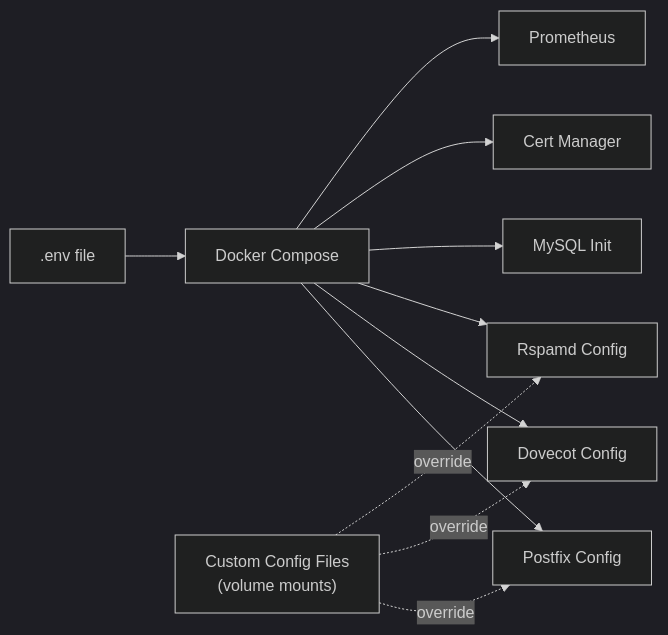
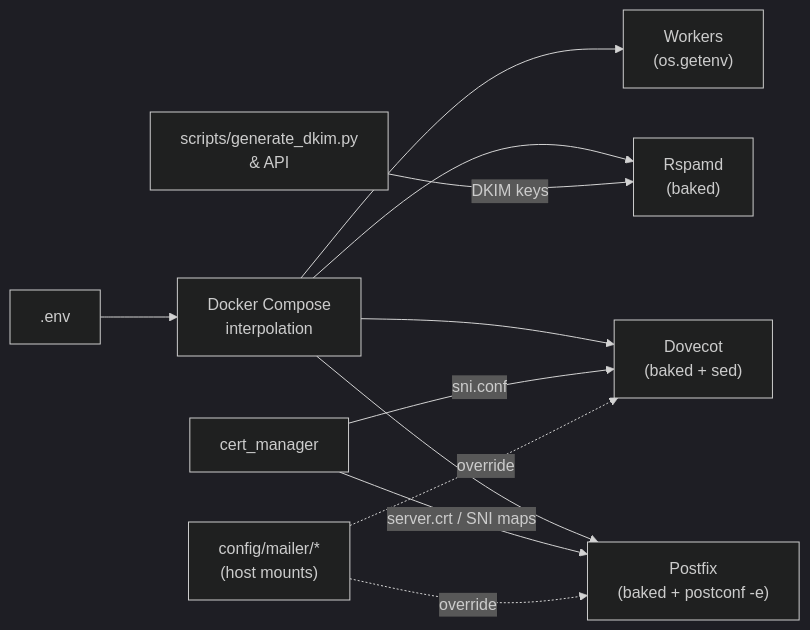
One commit to Techies-Africa/mailyte-mail-server-community changed the diagram in docs/configuration/index.md. Above: the diagram before and after it, drawn with Mermaid (dark theme). The commit also changed other lines of this file and 481 other files, not shown here.

````diff
--- a/docs/configuration/index.md
+++ b/docs/configuration/index.md
@@ -18,14 +20,13 @@
 ```mermaid
 flowchart LR
-    ENV[".env file"] --> DC["Docker Compose"]
-    DC --> PF["Postfix Config"]
-    DC --> DV["Dovecot Config"]
-    DC --> RS["Rspamd Config"]
-    DC --> DB["MySQL Init"]
-    DC --> SSL["Cert Manager"]
-    DC --> PR["Prometheus"]
-
-    CUSTOM["Custom Config Files\n(volume mounts)"] -.->|"override"| PF
-    CUSTOM -.->|"override"| DV
-    CUSTOM -.->|"override"| RS
+    ENV[".env"] --> DC["Docker Compose\ninterpolation"]
+    DC --> PF["Postfix\n(baked + postconf -e)"]
+    DC --> DV["Dovecot\n(baked + sed)"]
+    DC --> RS["Rspamd\n(baked)"]
+    DC --> WK["Workers\n(os.getenv)"]
+    CM["cert_manager"] -->|"server.crt / SNI maps"| PF
+    CM -->|"sni.conf"| DV
+    GEN["scripts/generate_dkim.py\n& API"] -->|"DKIM keys"| RS
+    CUSTOM["config/mailer/*\n(host mounts)"] -.->|override| PF
+    CUSTOM -.->|override| DV
 ```
````
